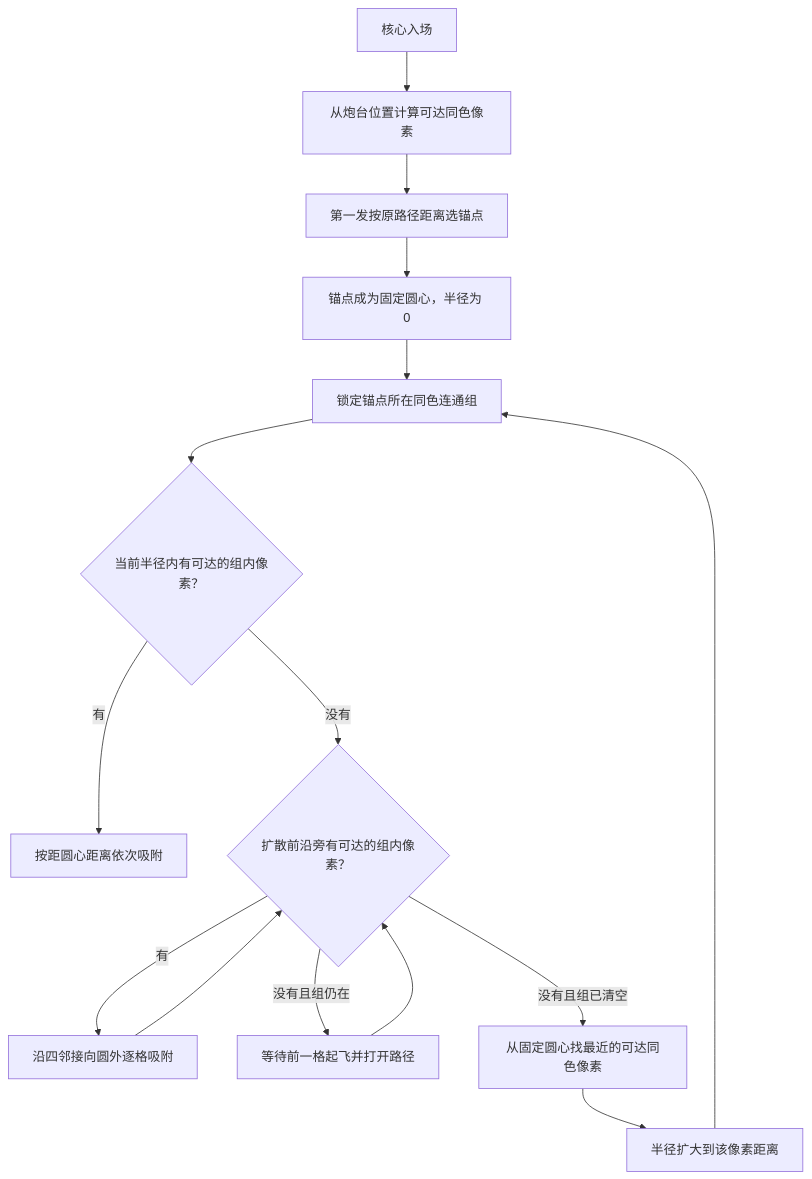
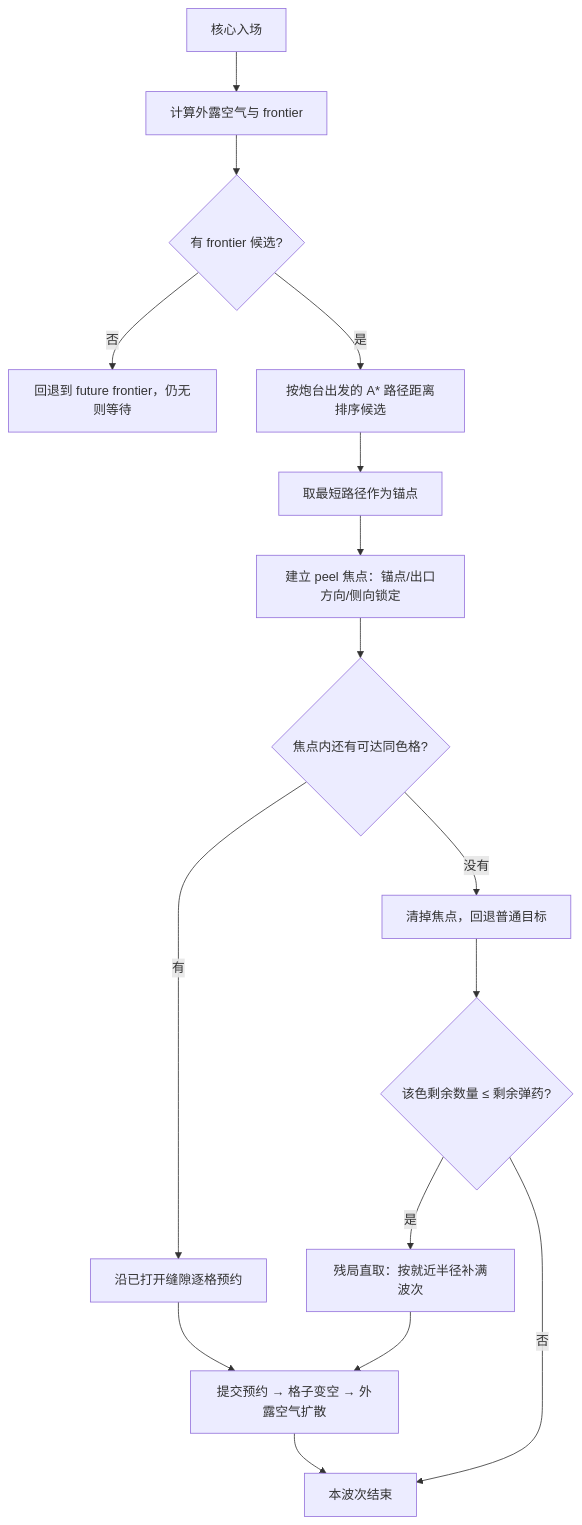
The diagram in docs/absorption-logic.md (lz7878/pixel-cannon-game), drawn with Mermaid before and after one commit. The commit also changed other lines of this file and 59 other files, not shown here.

````diff
--- a/docs/absorption-logic.md
+++ b/docs/absorption-logic.md
@@ -19,17 +27,18 @@
 ```mermaid
 flowchart TD
-  A[核心入场] --> B[从炮台位置计算可达同色像素]
-  B --> C[第一发按原路径距离选锚点]
-  C --> D[锚点成为固定圆心，半径为 0]
-  D --> E[锁定锚点所在同色连通组]
-  E --> F{当前半径内有可达的组内像素？}
-  F -->|有| G[按距圆心距离依次吸附]
-  F -->|没有| H{扩散前沿旁有可达的组内像素？}
-  H -->|有| I[沿四邻接向圆外逐格吸附]
-  I --> H
-  H -->|没有且组仍在| J[等待前一格起飞并打开路径]
-  J --> H
-  H -->|没有且组已清空| K[从固定圆心找最近的可达同色像素]
-  K --> L[半径扩大到该像素距离]
-  L --> E
+  A[核心入场] --> B[计算外露空气与 frontier]
+  B --> C{有 frontier 候选?}
+  C -->|否| D[回退到 future frontier，仍无则等待]
+  C -->|是| E[按炮台出发的 A* 路径距离排序候选]
+  E --> F[取最短路径作为锚点]
+  F --> G[建立 peel 焦点：锚点/出口方向/侧向锁定]
+  G --> H{焦点内还有可达同色格?}
+  H -->|有| I[沿已打开缝隙逐格预约]
+  H -->|没有| J[清掉焦点，回退普通目标]
+  J --> K{该色剩余数量 ≤ 剩余弹药?}
+  K -->|是| L[残局直取：按就近半径补满波次]
+  K -->|否| M[本波次结束]
+  I --> N[提交预约 → 格子变空 → 外露空气扩散]
+  L --> N
+  N --> M
 ```
````
